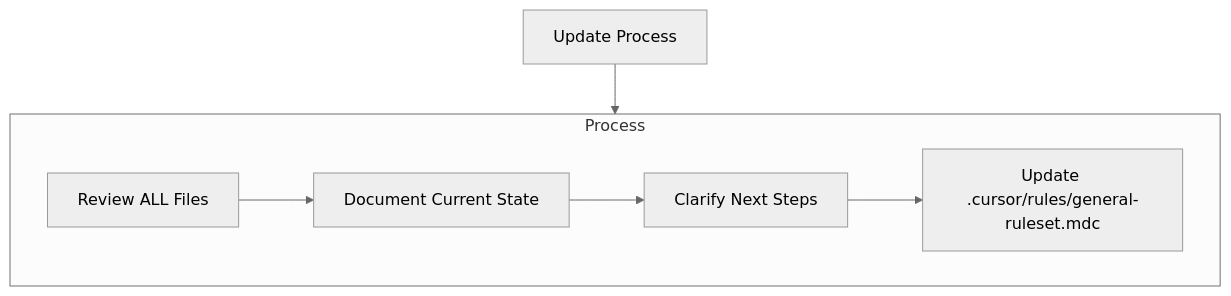
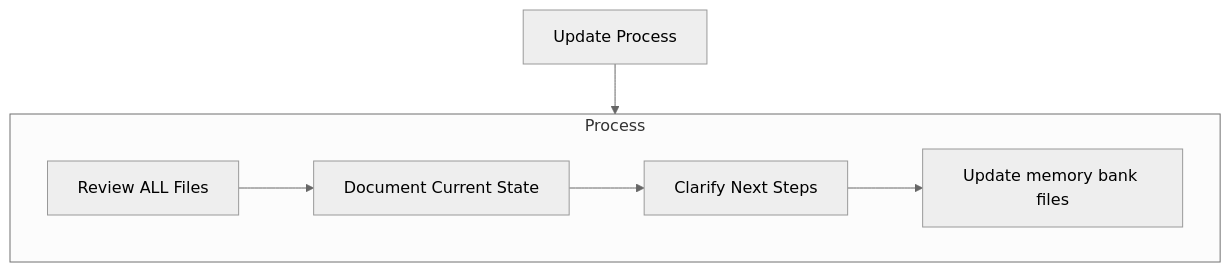
One commit to yardobr/cursor-memory-bank changed the fourth of 5 diagrams in memorybank-rule.md. Above: the diagram before and after it, drawn with Mermaid (neutral theme). The commit also changed other lines of this file, not shown here.

Commit message:
Update memory bank rule

````diff
--- a/memorybank-rule.md
+++ b/memorybank-rule.md
@@ -101,15 +101,15 @@
 ```mermaid
 flowchart TD
     Start[Update Process]
     
     subgraph Process
         P1[Review ALL Files]
         P2[Document Current State]
         P3[Clarify Next Steps]
-        P4[Update .cursor/rules/general-ruleset.mdc]
+        P4[Update memory bank files]
         
         P1 --> P2 --> P3 --> P4
     end
     
     Start --> Process
 ```
````
